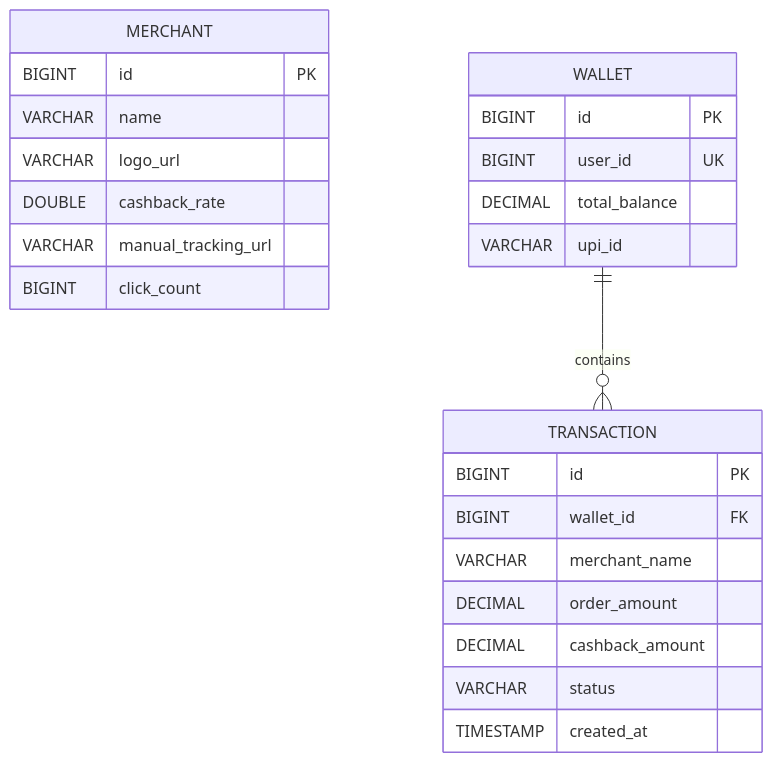
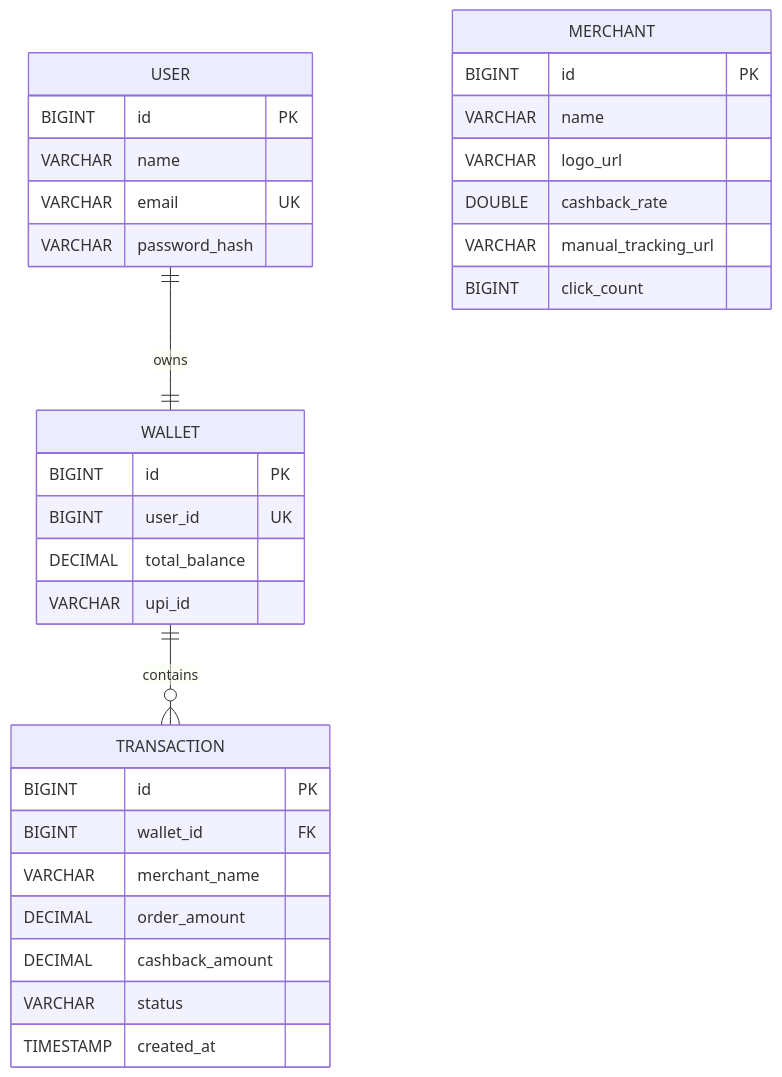
Before and after one commit to developerKit527/payback-api: the second of 2 diagrams in .kiro/specs/merchant-wallet-service/design.md, drawn with Mermaid. The commit also changed other lines of this file and 16 other files, not shown here.

````diff
--- a/.kiro/specs/merchant-wallet-service/design.md
+++ b/.kiro/specs/merchant-wallet-service/design.md
@@ -251,30 +292,38 @@
 ```mermaid
 erDiagram
+    USER {
+        BIGINT id PK
+        VARCHAR name
+        VARCHAR email UK
+        VARCHAR password_hash
+    }
+
     MERCHANT {
         BIGINT id PK
         VARCHAR name
         VARCHAR logo_url
         DOUBLE cashback_rate
         VARCHAR manual_tracking_url
         BIGINT click_count
     }
     
     WALLET {
         BIGINT id PK
         BIGINT user_id UK
         DECIMAL total_balance
         VARCHAR upi_id
     }
     
     TRANSACTION {
         BIGINT id PK
         BIGINT wallet_id FK
         VARCHAR merchant_name
         DECIMAL order_amount
         DECIMAL cashback_amount
         VARCHAR status
         TIMESTAMP created_at
     }
     
+    USER ||--|| WALLET : owns
     WALLET ||--o{ TRANSACTION : contains
 ```
````
